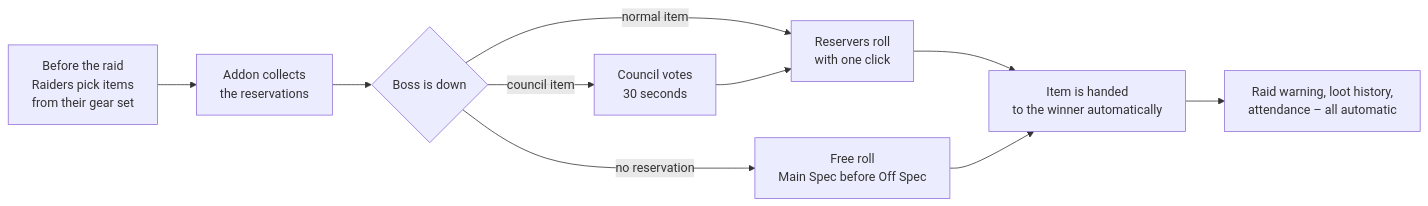
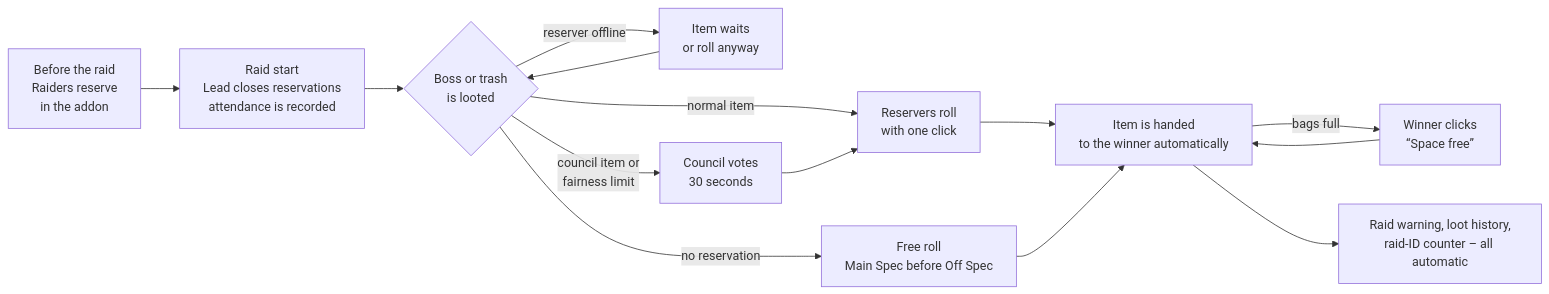
One commit to CawDPSMeter/LightCouncil changed the diagram in README.md. Above: the diagram before and after it, drawn with Mermaid. The commit also changed other lines of this file and 12 other files, not shown here.

First line of the commit message:
Council from the guild info, README overview automatic vs. manual (0.27.0)

````diff
--- a/README.md
+++ b/README.md
@@ -44,12 +45,16 @@
 ```mermaid
 flowchart LR
-    A[Before the raid<br/>Raiders pick items<br/>from their gear set] --> B[Addon collects<br/>the reservations]
-    B --> C{Boss is down}
+    A[Before the raid<br/>Raiders reserve<br/>in the addon] --> B[Raid start<br/>Lead closes reservations<br/>attendance is recorded]
+    B --> C{Boss or trash<br/>is looted}
+    C -->|reserver offline| W[Item waits<br/>or roll anyway]
+    W --> C
     C -->|normal item| D[Reservers roll<br/>with one click]
-    C -->|council item| E[Council votes<br/>30 seconds]
+    C -->|council item or<br/>fairness limit| E[Council votes<br/>30 seconds]
     E --> D
     C -->|no reservation| F[Free roll<br/>Main Spec before Off Spec]
     D --> G[Item is handed<br/>to the winner automatically]
     F --> G
-    G --> H[Raid warning, loot history,<br/>attendance – all automatic]
+    G -->|bags full| P[Winner clicks<br/>“Space free”]
+    P --> G
+    G --> H[Raid warning, loot history,<br/>raid-ID counter – all automatic]
 ```
````
